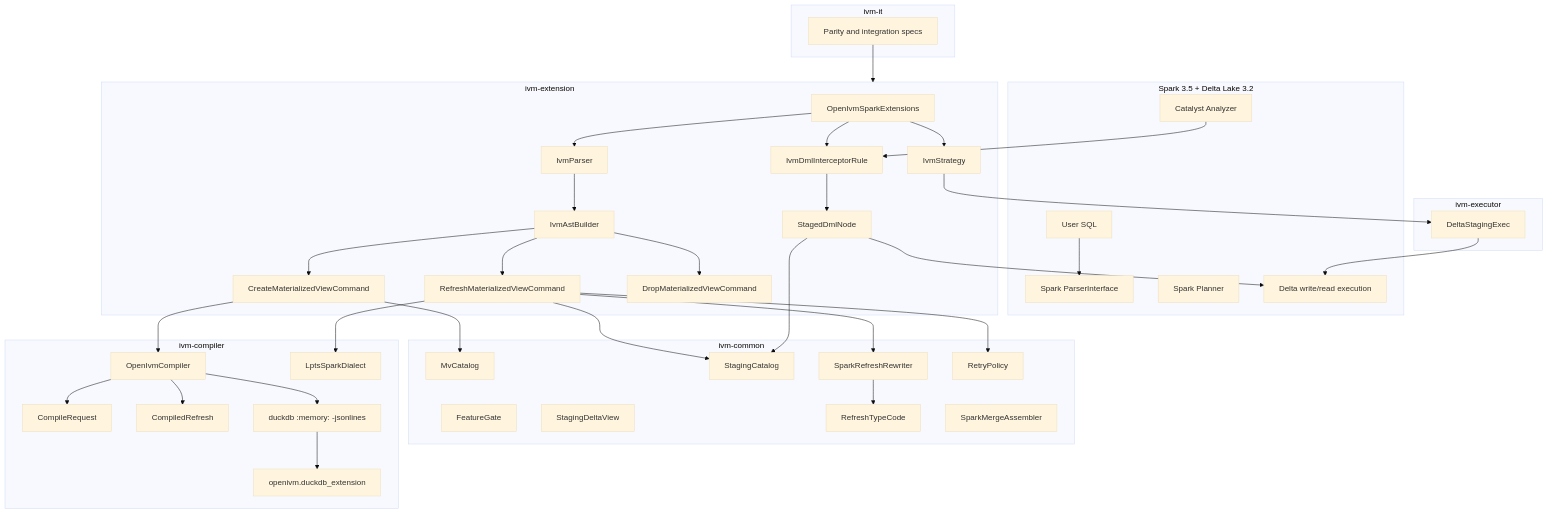
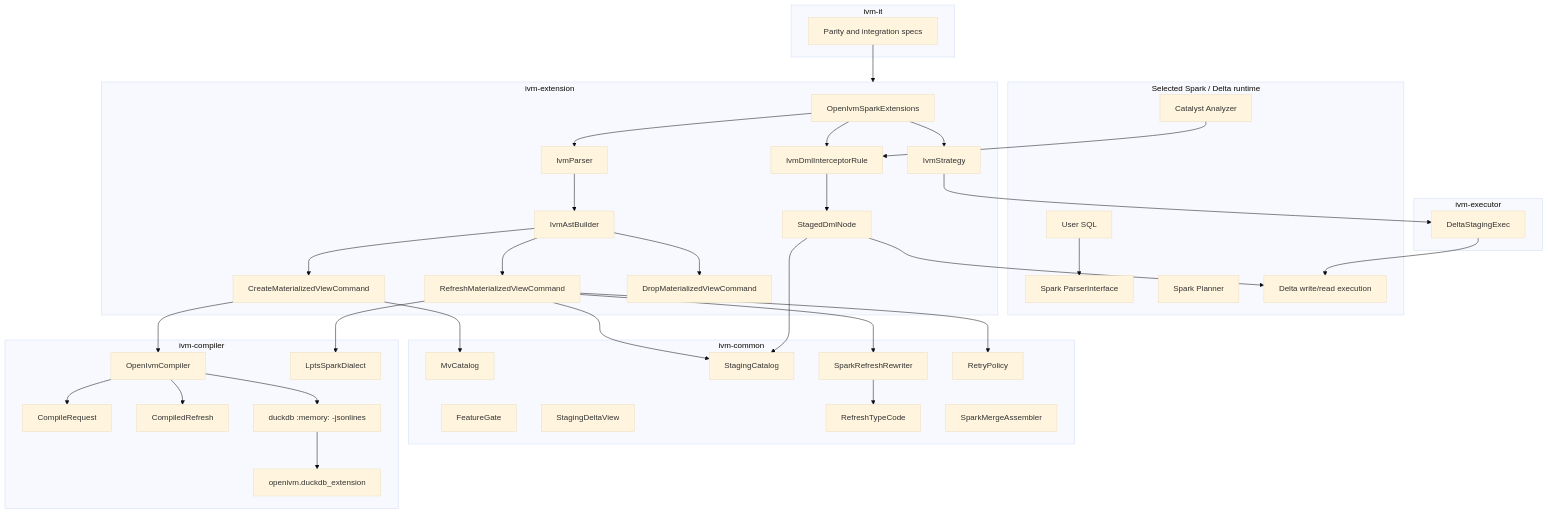
Before and after one commit to mdrakiburrahman/openivm-spark: the second of 3 diagrams in docs/architecture/openivm-spark/0.OVERVIEW.md, drawn with Mermaid (base theme). The commit also changed other lines of this file and 69 other files, not shown here.

First line of the commit message:
Add Spark 4.1 runtime target

````diff
--- a/docs/architecture/openivm-spark/0.OVERVIEW.md
+++ b/docs/architecture/openivm-spark/0.OVERVIEW.md
@@ -166,77 +169,77 @@
 ```mermaid
 graph TB
-    subgraph Spark["Spark 3.5 + Delta Lake 3.2"]
+    subgraph Spark["Selected Spark / Delta runtime"]
         SQL[User SQL]
         ParserInterface[Spark ParserInterface]
         Analyzer[Catalyst Analyzer]
         Planner[Spark Planner]
         Delta[Delta write/read execution]
     end
 
     subgraph Extension["ivm-extension"]
         Ext[OpenIvmSparkExtensions]
         Parser[IvmParser]
         Ast[IvmAstBuilder]
         DmlRule[IvmDmlInterceptorRule]
         Strategy[IvmStrategy]
         CreateCmd[CreateMaterializedViewCommand]
         RefreshCmd[RefreshMaterializedViewCommand]
         DropCmd[DropMaterializedViewCommand]
         Staged[StagedDmlNode]
     end
 
     subgraph Executor["ivm-executor"]
         DeltaStagingExec[DeltaStagingExec]
     end
 
     subgraph Common["ivm-common"]
         FeatureGate[FeatureGate]
         MvCatalog[MvCatalog]
         StagingCatalog[StagingCatalog]
         StagingDeltaView[StagingDeltaView]
         RefreshTypeCode[RefreshTypeCode]
         SparkRefreshRewriter[SparkRefreshRewriter]
         SparkMergeAssembler[SparkMergeAssembler]
         RetryPolicy[RetryPolicy]
     end
 
     subgraph Compiler["ivm-compiler"]
         OpenIvmCompiler[OpenIvmCompiler]
         CompileRequest[CompileRequest]
         CompiledRefresh[CompiledRefresh]
         LptsSparkDialect[LptsSparkDialect]
         DuckDBCLI[duckdb :memory: -jsonlines]
         OpenIvmExt[openivm.duckdb_extension]
     end
 
     subgraph IT["ivm-it"]
         Parity[Parity and integration specs]
     end
 
     SQL --> ParserInterface
     Ext --> Parser
     Ext --> DmlRule
     Ext --> Strategy
     Parser --> Ast
     Ast --> CreateCmd
     Ast --> RefreshCmd
     Ast --> DropCmd
     Analyzer --> DmlRule
     DmlRule --> Staged
     Strategy --> DeltaStagingExec
     DeltaStagingExec --> Delta
     Staged --> Delta
     Staged --> StagingCatalog
     CreateCmd --> MvCatalog
     CreateCmd --> OpenIvmCompiler
     RefreshCmd --> StagingCatalog
     RefreshCmd --> SparkRefreshRewriter
     RefreshCmd --> LptsSparkDialect
     RefreshCmd --> RetryPolicy
     SparkRefreshRewriter --> RefreshTypeCode
     OpenIvmCompiler --> CompileRequest
     OpenIvmCompiler --> CompiledRefresh
     OpenIvmCompiler --> DuckDBCLI
     DuckDBCLI --> OpenIvmExt
     Parity --> Extension
 ```
````
